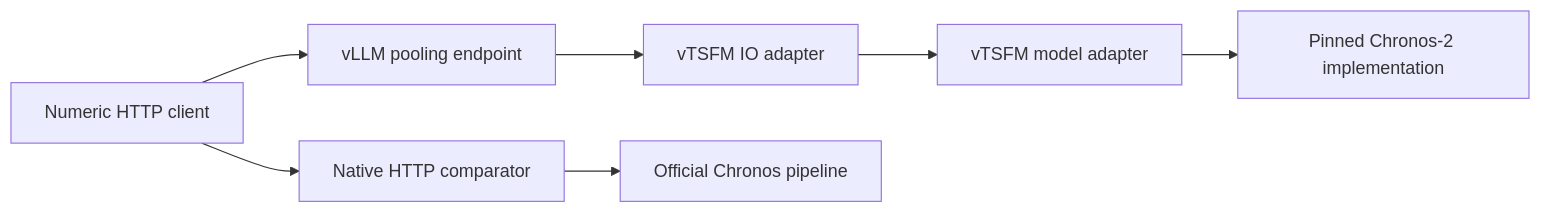
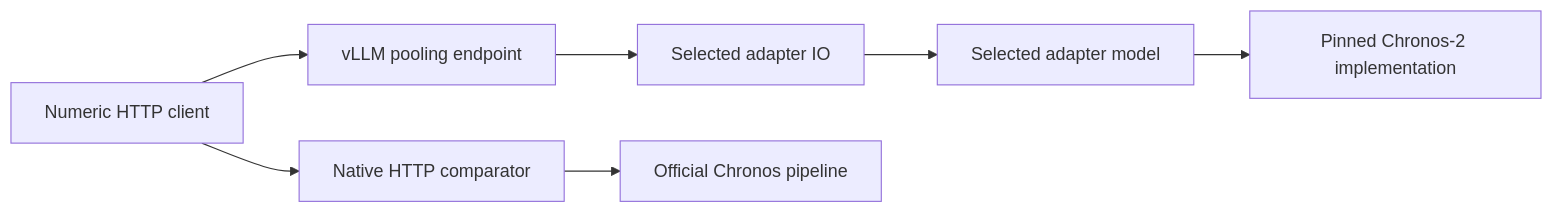
One commit to vinli0921/vTSFM changed the diagram in docs/architecture.md. Above: the diagram before and after it, drawn with Mermaid. The commit also changed other lines of this file and 25 other files, not shown here.

````diff
--- a/docs/architecture.md
+++ b/docs/architecture.md
@@ -7,9 +8,9 @@
 ```mermaid
 flowchart LR
     C[Numeric HTTP client] --> V[vLLM pooling endpoint]
     C --> N[Native HTTP comparator]
-    V --> I[vTSFM IO adapter]
-    I --> M[vTSFM model adapter]
+    V --> I[Selected adapter IO]
+    I --> M[Selected adapter model]
     M --> U[Pinned Chronos-2 implementation]
     N --> P[Official Chronos pipeline]
 ```
````
